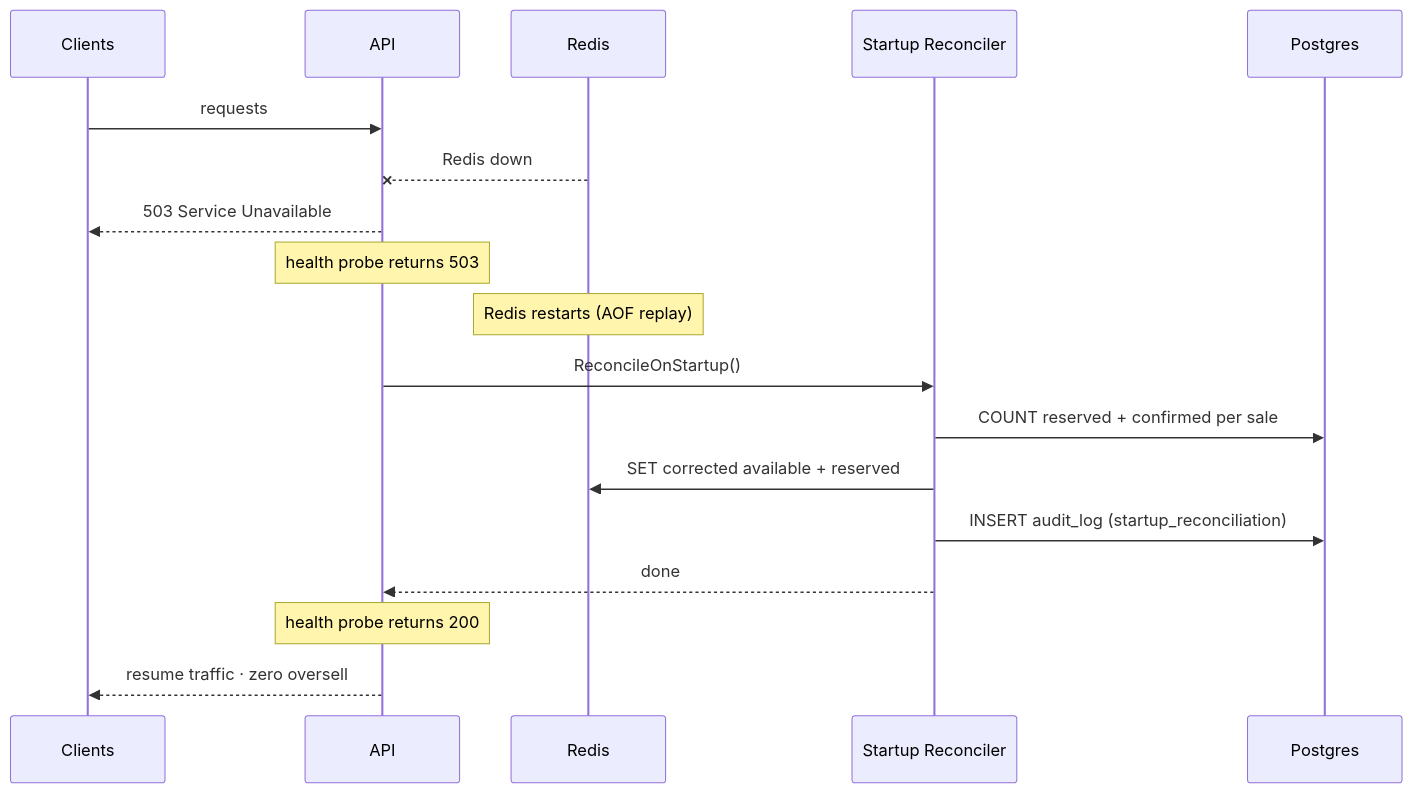
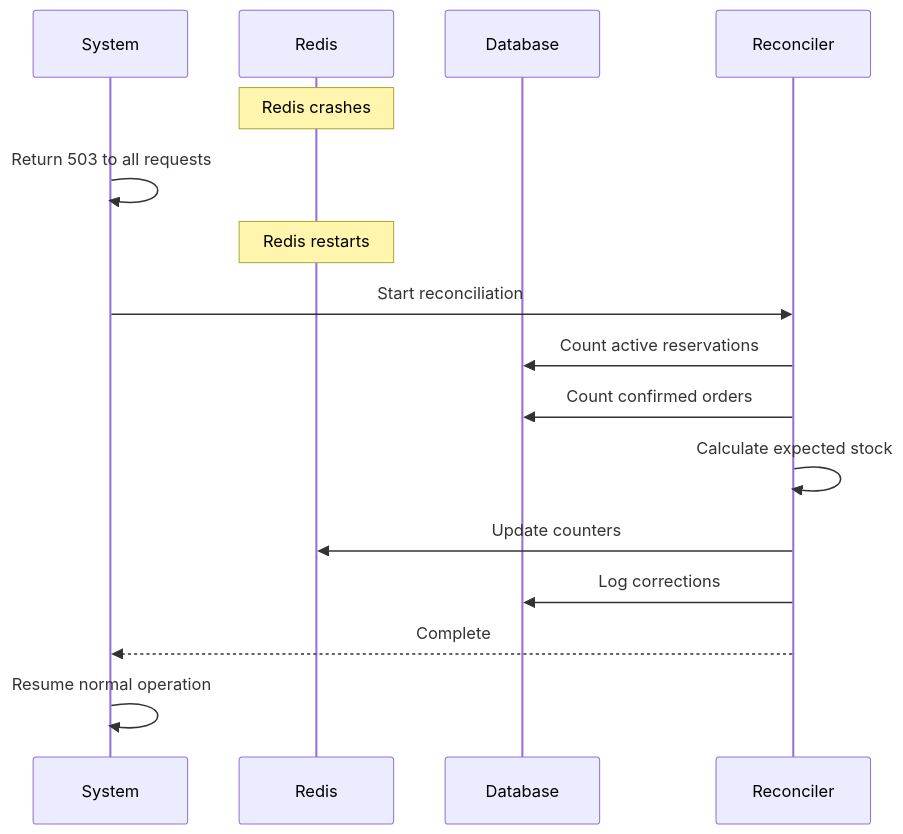
Before and after one commit to Siddhesh-source/flash_sale: the fifth of 5 diagrams in README.md, drawn with Mermaid. The commit also changed other lines of this file, not shown here.

````diff
--- a/README.md
+++ b/README.md
@@ -144,22 +205,22 @@
 ```mermaid
 sequenceDiagram
-    participant C as Clients
-    participant API
-    participant R as Redis
-    participant REC as Startup Reconciler
-    participant PG as Postgres
+    participant System
+    participant Redis
+    participant Database
+    participant Reconciler
 
-    C->>API: requests
-    R--xAPI: Redis down
-    API-->>C: 503 Service Unavailable
-    Note over API: health probe returns 503
-
-    Note over R: Redis restarts (AOF replay)
-    API->>REC: ReconcileOnStartup()
-    REC->>PG: COUNT reserved + confirmed per sale
-    REC->>R: SET corrected available + reserved
-    REC->>PG: INSERT audit_log (startup_reconciliation)
-    REC-->>API: done
-    Note over API: health probe returns 200
-    API-->>C: resume traffic · zero oversell
+    Note over Redis: Redis crashes
+    System->>System: Return 503 to all requests
+    
+    Note over Redis: Redis restarts
+    System->>Reconciler: Start reconciliation
+    
+    Reconciler->>Database: Count active reservations
+    Reconciler->>Database: Count confirmed orders
+    Reconciler->>Reconciler: Calculate expected stock
+    Reconciler->>Redis: Update counters
+    Reconciler->>Database: Log corrections
+    
+    Reconciler-->>System: Complete
+    System->>System: Resume normal operation
 ```
````
